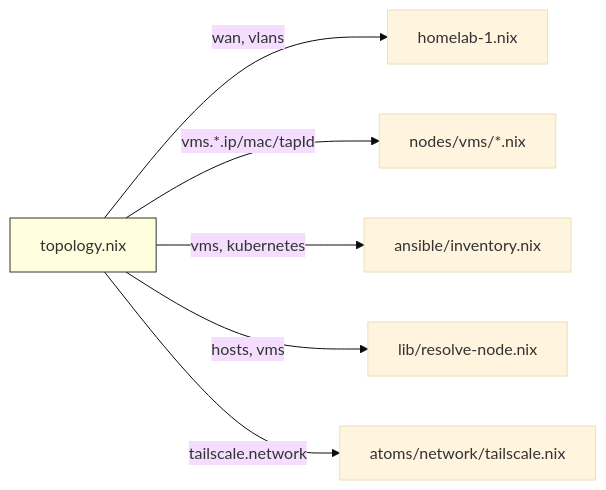
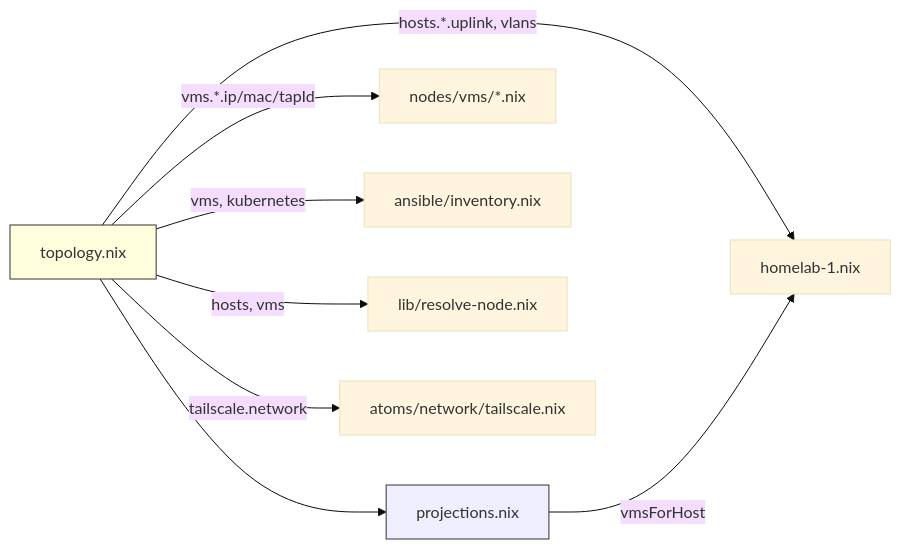
Before and after one commit to vanillacake369/tonys-homelab: the diagram in network/README.md, drawn with Mermaid (base theme). The commit also changed other lines of this file and 8 other files, not shown here.

````diff
--- a/network/README.md
+++ b/network/README.md
@@ -22,12 +27,16 @@
 ```mermaid
 flowchart LR
   Topo["topology.nix"]
+  Proj["projections.nix"]
 
-  Topo -->|"wan, vlans"| Host["homelab-1.nix"]
+  Topo -->|"hosts.*.uplink, vlans"| Host["homelab-1.nix"]
   Topo -->|"vms.*.ip/mac/tapId"| VMs["nodes/vms/*.nix"]
   Topo -->|"vms, kubernetes"| Ansible["ansible/inventory.nix"]
   Topo -->|"hosts, vms"| Resolve["lib/resolve-node.nix"]
   Topo -->|"tailscale.network"| TS["atoms/network/tailscale.nix"]
+  Topo --> Proj
+  Proj -->|"vmsForHost"| Host
 
   style Topo fill:#ffd,stroke:#333
+  style Proj fill:#eef,stroke:#333
 ```
````
